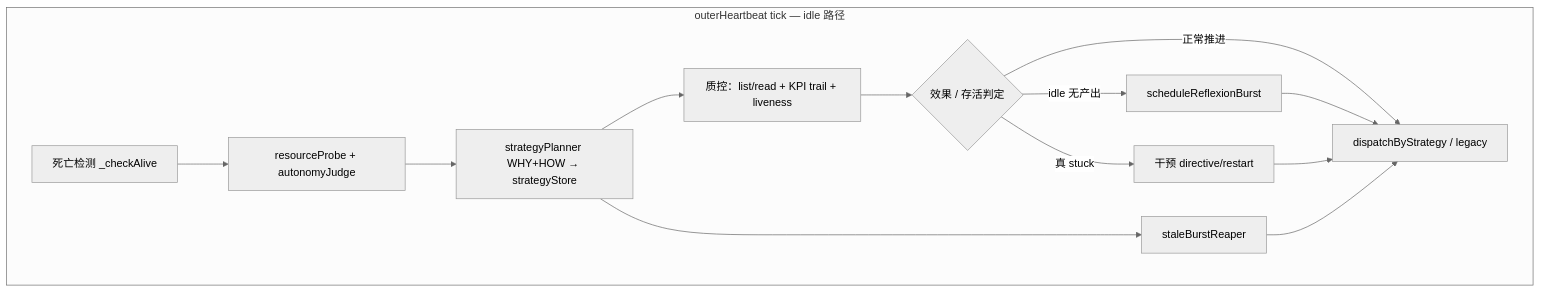
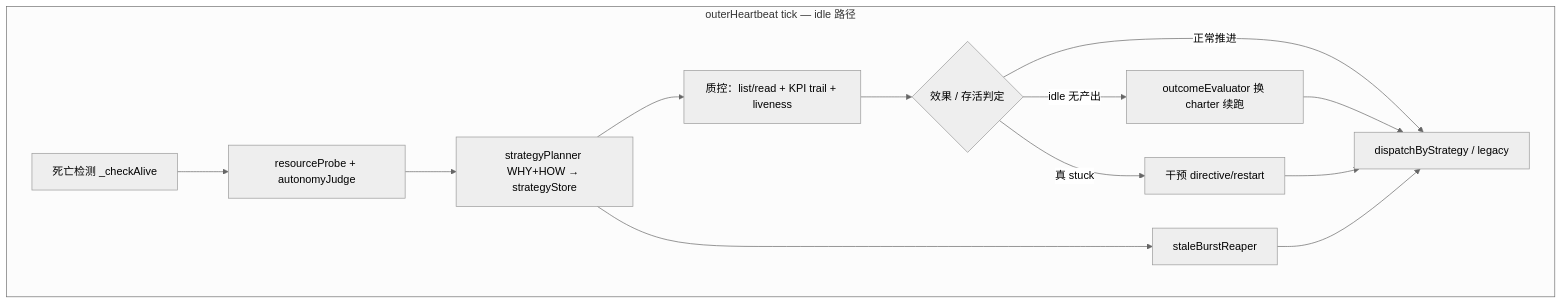
One commit to shinjiyu/amadues changed the diagram in doc/structurizr/OUTER-HEARTBEAT-OVERSIGHT.md. Above: the diagram before and after it, drawn with Mermaid (neutral theme). The commit also changed other lines of this file and 9 other files, not shown here.

First line of the commit message:
docs(adl): 同步 reflexion 退役 → outcomeEvaluator 架构

````diff
--- a/doc/structurizr/OUTER-HEARTBEAT-OVERSIGHT.md
+++ b/doc/structurizr/OUTER-HEARTBEAT-OVERSIGHT.md
@@ -71,17 +71,17 @@
 ```mermaid
 flowchart TB
   subgraph tick [outerHeartbeat tick — idle 路径]
     D[死亡检测 _checkAlive]
     P[resourceProbe + autonomyJudge]
     ST[strategyPlanner WHY+HOW → strategyStore]
     V[质控：list/read + KPI trail + liveness]
     A{效果 / 存活判定}
     RP[staleBurstReaper]
     DIS[dispatchByStrategy / legacy]
     D --> P --> ST --> V --> A
     A -->|正常推进| DIS
-    A -->|idle 无产出| R[scheduleReflexionBurst] --> DIS
+    A -->|idle 无产出| R[outcomeEvaluator 换 charter 续跑] --> DIS
     A -->|真 stuck| I[干预 directive/restart] --> DIS
     ST --> RP --> DIS
   end
 ```
````
